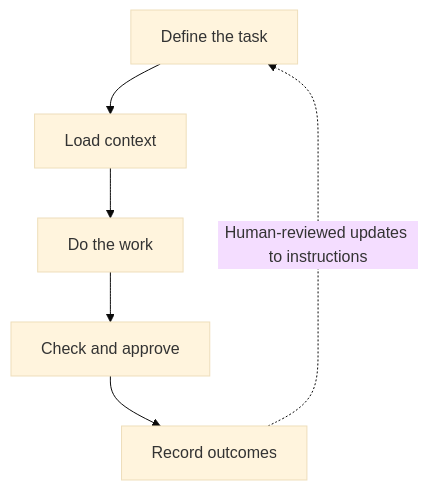
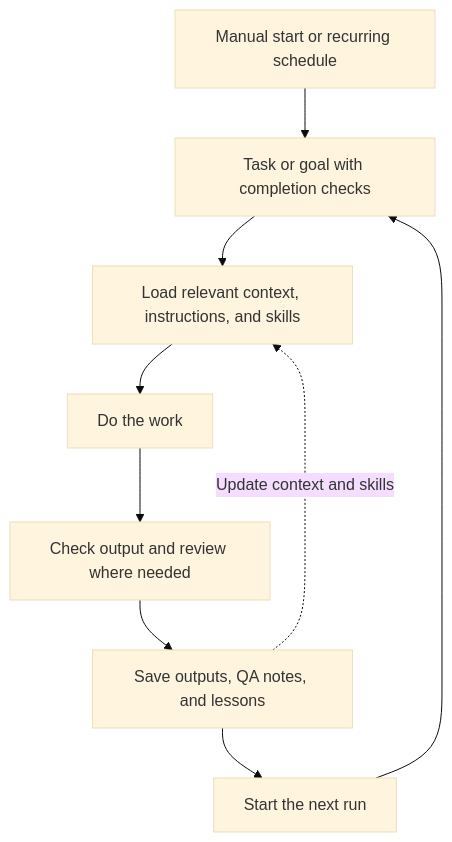
One commit to JamesonCodes/project-showcase changed the diagram in docs/repository-driven-ai-workflows.md. Above: the diagram before and after it, drawn with Mermaid (base theme). The commit also changed other lines of this file, not shown here.

````diff
--- a/docs/repository-driven-ai-workflows.md
+++ b/docs/repository-driven-ai-workflows.md
@@ -15,8 +17,11 @@
 ```mermaid
 flowchart TD
-    Task[Define the task] --> Context[Load context]
+    Start[Manual start or recurring schedule] --> Task[Task or goal with completion checks]
+    Task --> Context[Load relevant context, instructions, and skills]
     Context --> Work[Do the work]
-    Work --> Review[Check and approve]
-    Review --> Outcomes[Record outcomes]
-    Outcomes -. Human-reviewed updates to instructions .-> Task
+    Work --> Review[Check output and review where needed]
+    Review --> Save[Save outputs, QA notes, and lessons]
+    Save --> Next[Start the next run]
+    Next --> Task
+    Save -. Update context and skills .-> Context
 ```
````
